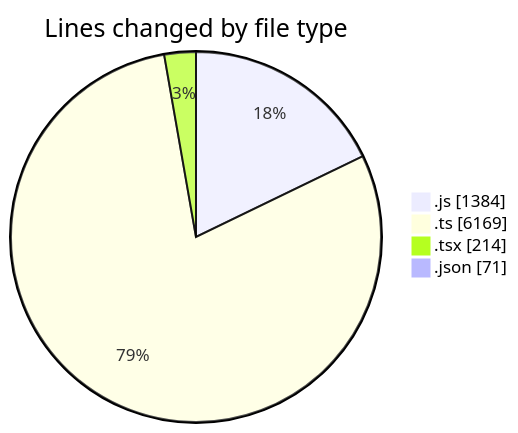
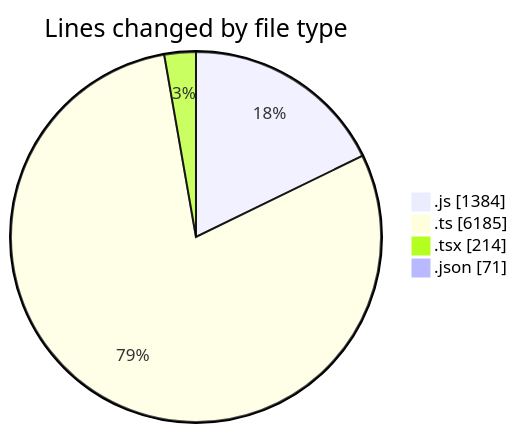
One commit to momahboobian/code-tracking changed the first of 2 diagrams in 2026-02-04/cda/README.md. Above: the diagram before and after it, drawn with Mermaid. The commit also changed other lines of this file and 1 other file, not shown here.

````diff
--- a/2026-02-04/cda/README.md
+++ b/2026-02-04/cda/README.md
@@ -27,8 +27,8 @@
 ```mermaid
 pie showData
 title Lines changed by file type
 ".js" : 1384
-".ts" : 6169
+".ts" : 6185
 ".tsx" : 214
 ".json" : 71
 ```
````
